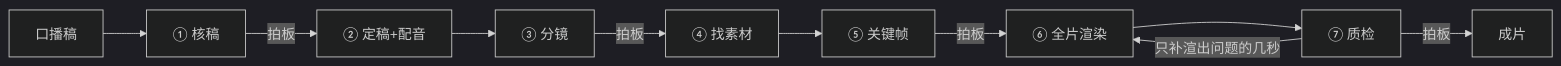
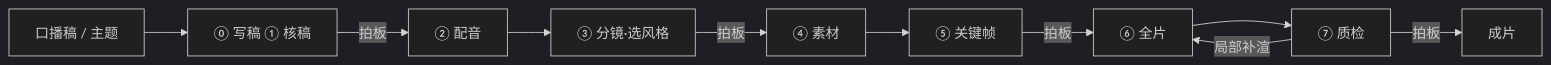
Before and after one commit to ZeroBean/ai-laimai-video-pipeline: the diagram in README.md, drawn with Mermaid (dark theme). The commit also changed other lines of this file and 10 other files, not shown here.

````diff
--- a/README.md
+++ b/README.md
@@ -58,12 +92,12 @@
 ```mermaid
 flowchart LR
-  A[口播稿] --> B[① 核稿]
-  B -->|拍板| C[② 定稿+配音]
-  C --> D[③ 分镜]
-  D -->|拍板| E[④ 找素材]
+  A[口播稿 / 主题] --> B[⓪ 写稿 ① 核稿]
+  B -->|拍板| C[② 配音]
+  C --> D[③ 分镜·选风格]
+  D -->|拍板| E[④ 素材]
   E --> F[⑤ 关键帧]
-  F -->|拍板| G[⑥ 全片渲染]
+  F -->|拍板| G[⑥ 全片]
   G --> H[⑦ 质检]
-  H -->|只补渲出问题的几秒| G
+  H -->|局部补渲| G
   H -->|拍板| I[成片]
 ```
````
